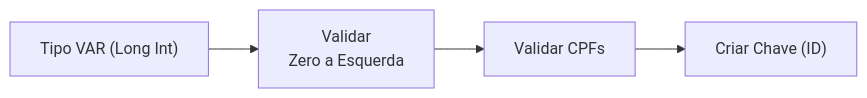
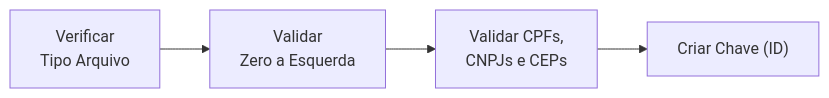
The second of 2 diagrams in Processos/Enriquecimento de Bases.md (JoaoCardoso-neuro/notes), drawn with Mermaid before and after one commit. The commit also changed other lines of this file and 14 other files, not shown here.

````diff
--- a/Processos/Enriquecimento de Bases.md
+++ b/Processos/Enriquecimento de Bases.md
@@ -63,10 +76,12 @@
 ```mermaid
 %%{init: {"flowchart": {"htmlLabels": false}} }%% 
 flowchart LR 
-	markdown["Tipo VAR (Long Int)"]
+	markdown["Verificar 
+	Tipo Arquivo"]
 	id["Validar 
 	Zero a Esquerda"]
-	id1["Validar CPFs"]
+	id1["Validar CPFs, 
+	CNPJs e CEPs"]
 	id2["Criar Chave (ID)"]
 	markdown --> id --> id1 --> id2
 ```
````
